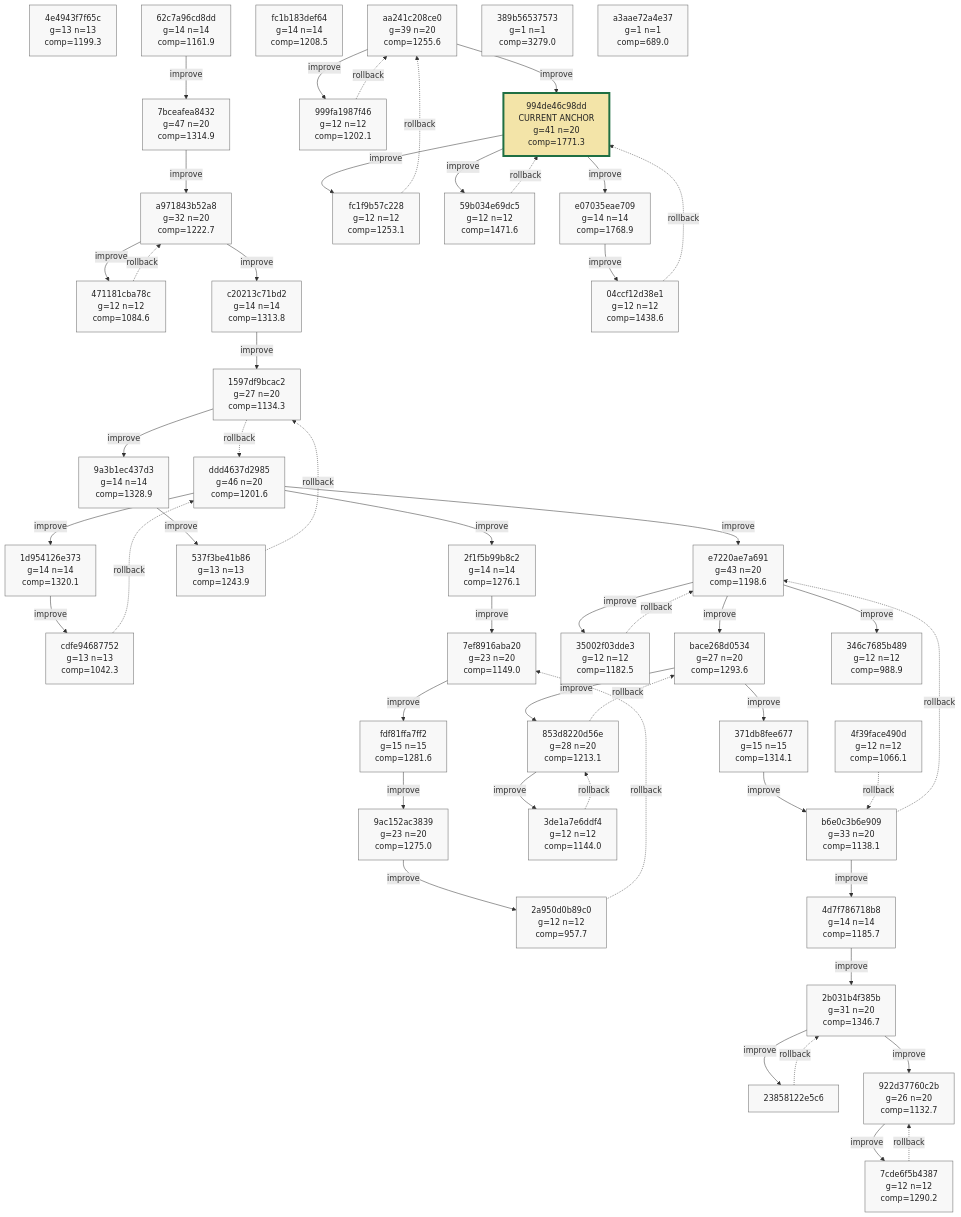
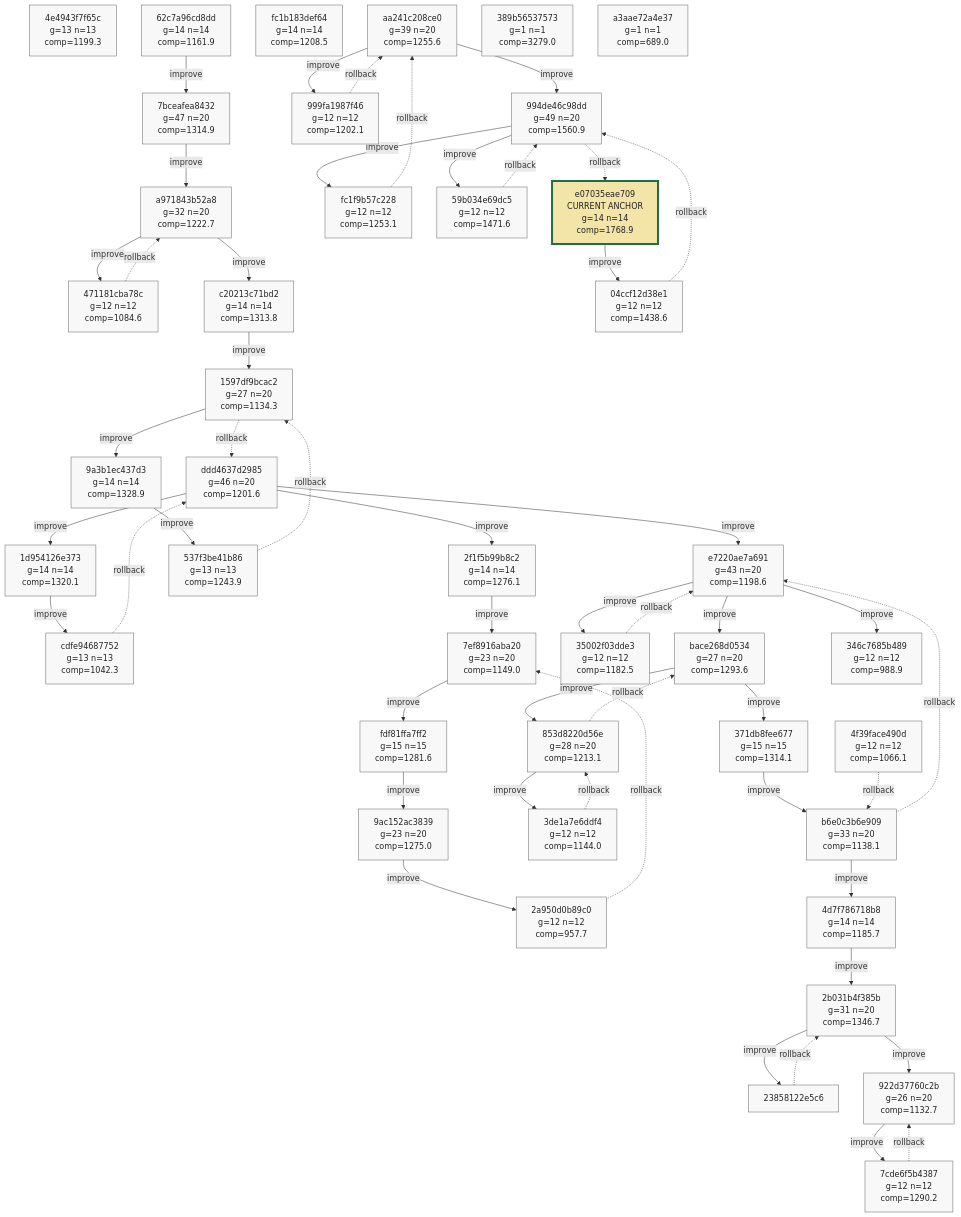
One commit to azumag/soviet_now changed the ninth of 9 diagrams in phyrogenetic-tree.md. Above: the diagram before and after it, drawn with Mermaid. The commit also changed other lines of this file and 2 other files, not shown here.

```diff
--- a/phyrogenetic-tree.md
+++ b/phyrogenetic-tree.md
@@ -2282,10 +2282,10 @@
     h_346c7685b489["346c7685b489<br/>g=12 n=12<br/>comp=988.9"]
     h_aa241c208ce0["aa241c208ce0<br/>g=39 n=20<br/>comp=1255.6"]
     h_999fa1987f46["999fa1987f46<br/>g=12 n=12<br/>comp=1202.1"]
-    h_994de46c98dd["994de46c98dd<br/>CURRENT ANCHOR<br/>g=41 n=20<br/>comp=1771.3"]
+    h_994de46c98dd["994de46c98dd<br/>g=49 n=20<br/>comp=1560.9"]
     h_fc1f9b57c228["fc1f9b57c228<br/>g=12 n=12<br/>comp=1253.1"]
     h_59b034e69dc5["59b034e69dc5<br/>g=12 n=12<br/>comp=1471.6"]
-    h_e07035eae709["e07035eae709<br/>g=14 n=14<br/>comp=1768.9"]
+    h_e07035eae709["e07035eae709<br/>CURRENT ANCHOR<br/>g=14 n=14<br/>comp=1768.9"]
     h_04ccf12d38e1["04ccf12d38e1<br/>g=12 n=12<br/>comp=1438.6"]
     h_389b56537573["389b56537573<br/>g=1 n=1<br/>comp=3279.0"]
     h_a3aae72a4e37["a3aae72a4e37<br/>g=1 n=1<br/>comp=689.0"]
@@ -2336,9 +2336,9 @@
     h_fc1f9b57c228 -. rollback .-> h_aa241c208ce0
     h_994de46c98dd -->|improve| h_59b034e69dc5
     h_59b034e69dc5 -. rollback .-> h_994de46c98dd
-    h_994de46c98dd -->|improve| h_e07035eae709
     h_e07035eae709 -->|improve| h_04ccf12d38e1
     h_04ccf12d38e1 -. rollback .-> h_994de46c98dd
+    h_994de46c98dd -. rollback .-> h_e07035eae709
 
     classDef plain fill:#f8f8f8,stroke:#666,stroke-width:1px,color:#222;
     classDef current fill:#ffe8a3,stroke:#9a6700,stroke-width:3px,color:#222;
@@ -2379,10 +2379,10 @@
     class h_346c7685b489 plain;
     class h_aa241c208ce0 plain;
     class h_999fa1987f46 plain;
-    class h_994de46c98dd current_anchor;
+    class h_994de46c98dd plain;
     class h_fc1f9b57c228 plain;
     class h_59b034e69dc5 plain;
-    class h_e07035eae709 plain;
+    class h_e07035eae709 current_anchor;
     class h_04ccf12d38e1 plain;
     class h_389b56537573 plain;
     class h_a3aae72a4e37 plain;
```
